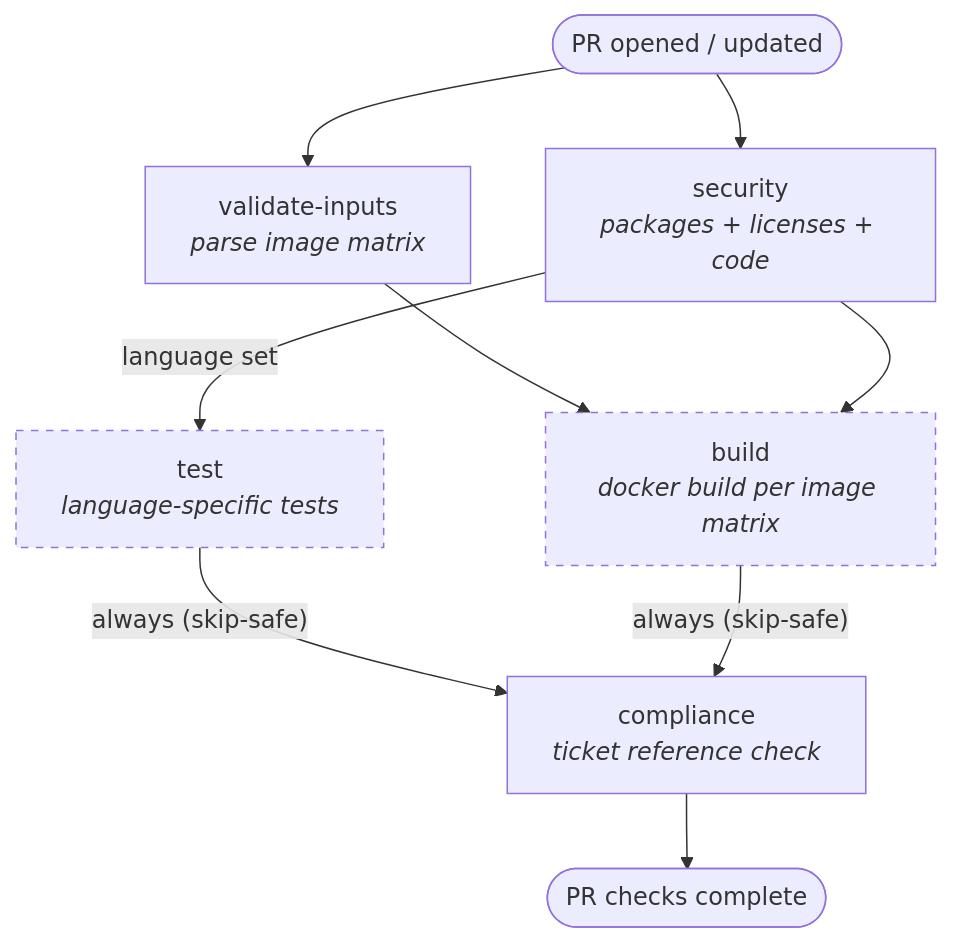
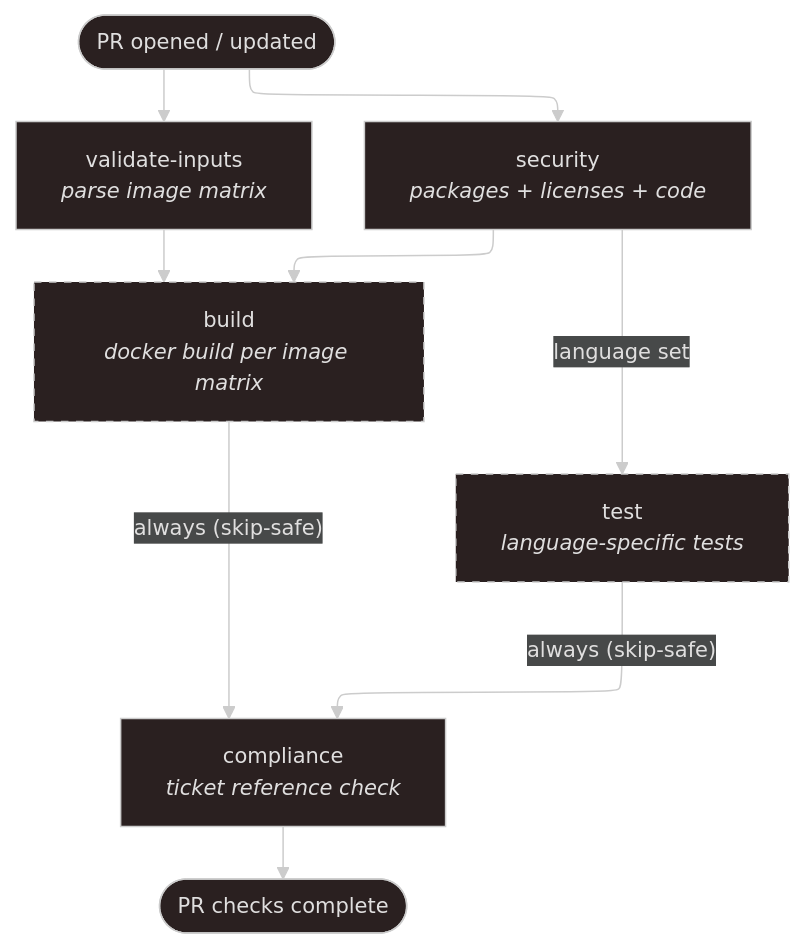
Before and after one commit to credova/platform-workflows: the second of 8 diagrams in docs/usage.md, drawn with Mermaid. The commit also changed other lines of this file and 3 other files, not shown here.

````diff
--- a/docs/usage.md
+++ b/docs/usage.md
@@ -751,23 +734,28 @@
 ```mermaid
+---
+config:
+  layout: elk
+  theme: neo-dark
+---
 flowchart TD
     START(["PR opened / updated"])
 
     VI["validate-inputs\n<i>parse image matrix</i>"]
     SEC["security\n<i>packages + licenses + code</i>"]
 
     TEST["test\n<i>language-specific tests</i>"]
     BUILD["build\n<i>docker build per image matrix</i>"]
 
     CMP["compliance\n<i>ticket reference check</i>"]
 
     DONE(["PR checks complete"])
 
     START --> VI & SEC
     SEC -->|"language set"| TEST
     VI & SEC --> BUILD
     TEST & BUILD -->|"always (skip-safe)"| CMP
     CMP --> DONE
 
     style TEST stroke-dasharray: 5 5
     style BUILD stroke-dasharray: 5 5
 ```
````
